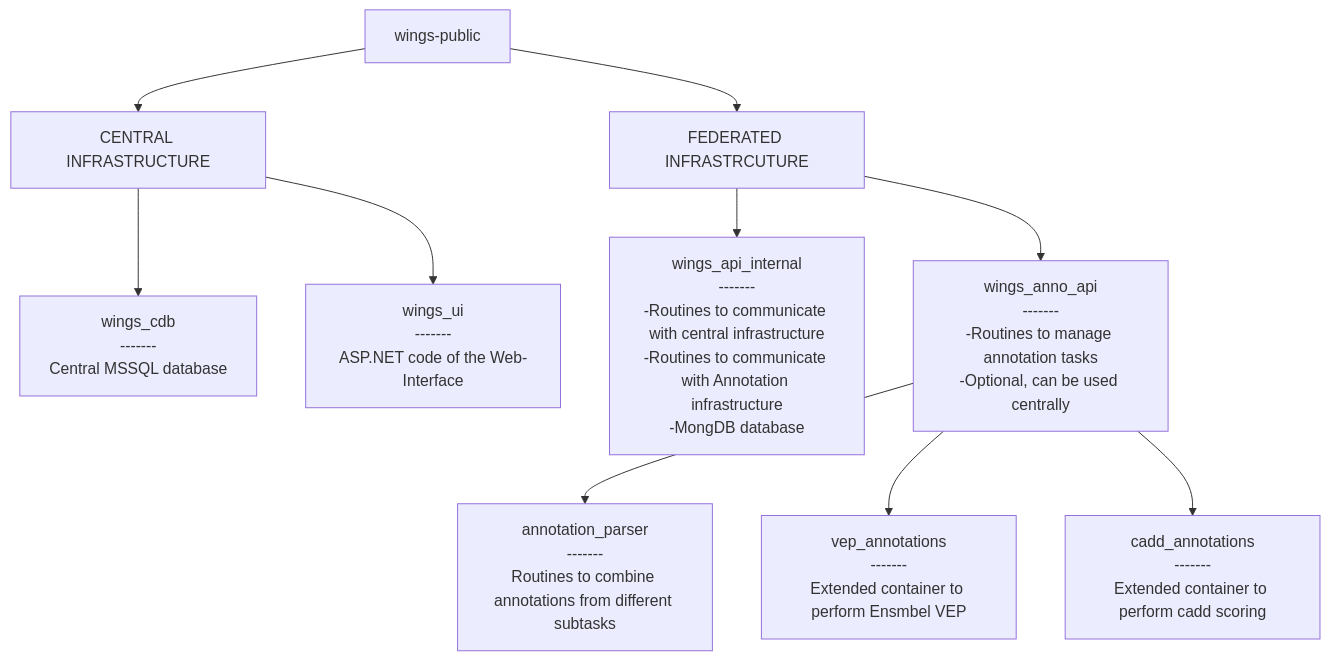
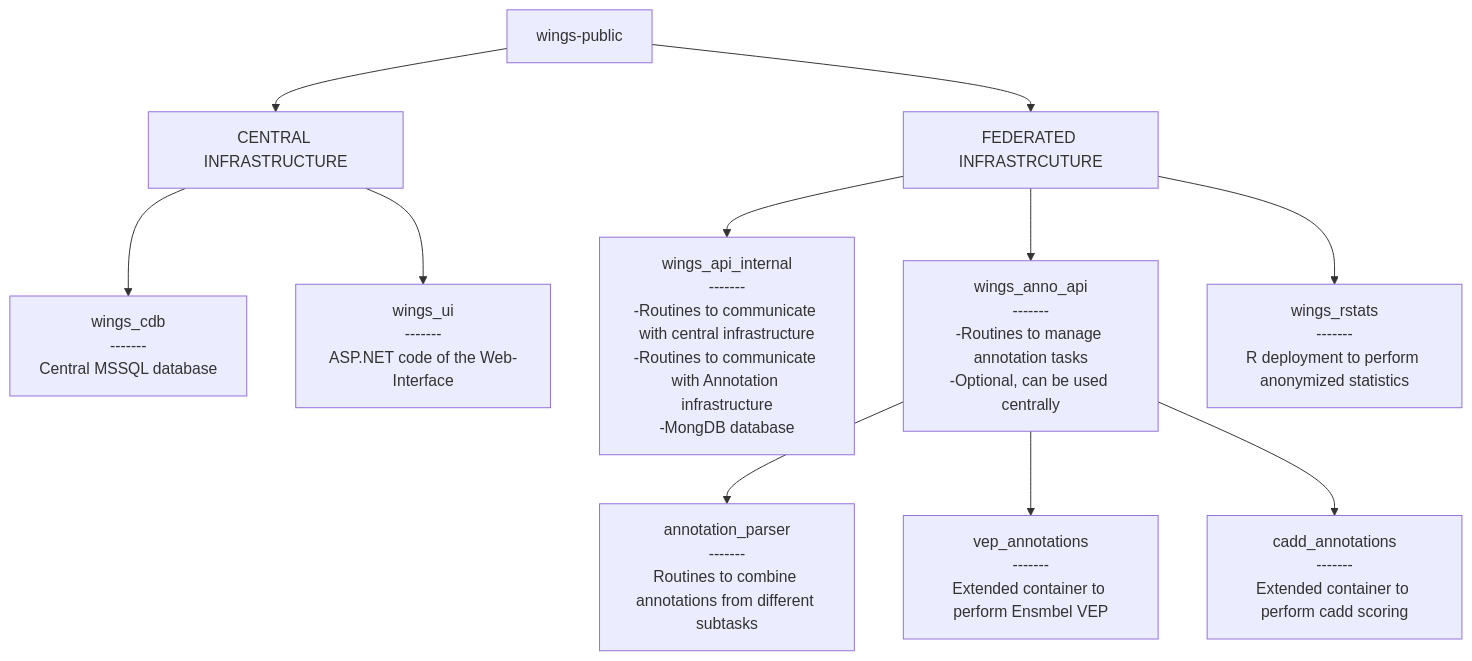
Before and after one commit to wings-public/wings-public: the diagram in README.md, drawn with Mermaid. The commit also changed other lines of this file, not shown here.

Commit message:
added rstats

````diff
--- a/README.md
+++ b/README.md
@@ -24,12 +24,13 @@
 ```mermaid
 flowchart TD;
    A[wings-public] --> B[CENTRAL INFRASTRUCTURE];
    A --> C[FEDERATED INFRASTRCUTURE];
    B --> D["wings_cdb<br/>-------<br/>Central MSSQL database"]
    B --> E["wings_ui<br/>-------<br/>ASP.NET code of the Web-Interface"]
    C --> F["wings_api_internal<br/>-------<br/>-Routines to communicate with central infrastructure<br/>-Routines to communicate with Annotation infrastructure<br/>-MongDB database"]
    C --> G["wings_anno_api<br/>-------<br/>-Routines to manage annotation tasks<br/>-Optional, can be used centrally"]
    G --> H["annotation_parser<br/>-------<br/>Routines to combine annotations from different subtasks"]
    G --> I["vep_annotations<br/>-------<br/>Extended container to perform Ensmbel VEP"]
    G --> J["cadd_annotations<br/>-------<br/>Extended container to perform cadd scoring"]
+   C --> K["wings_rstats<br/>-------<br/>R deployment to perform anonymized statistics"]
 ```
````
